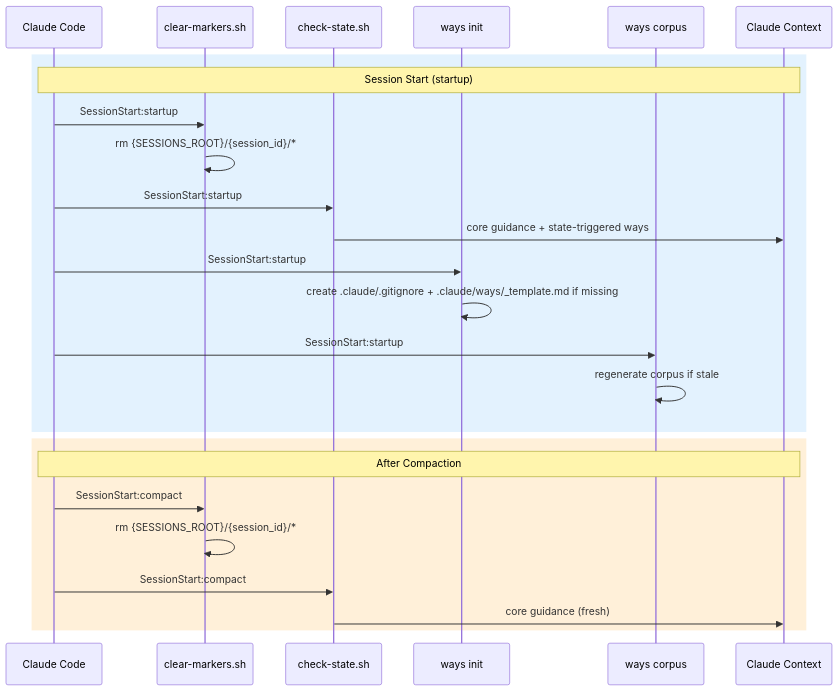
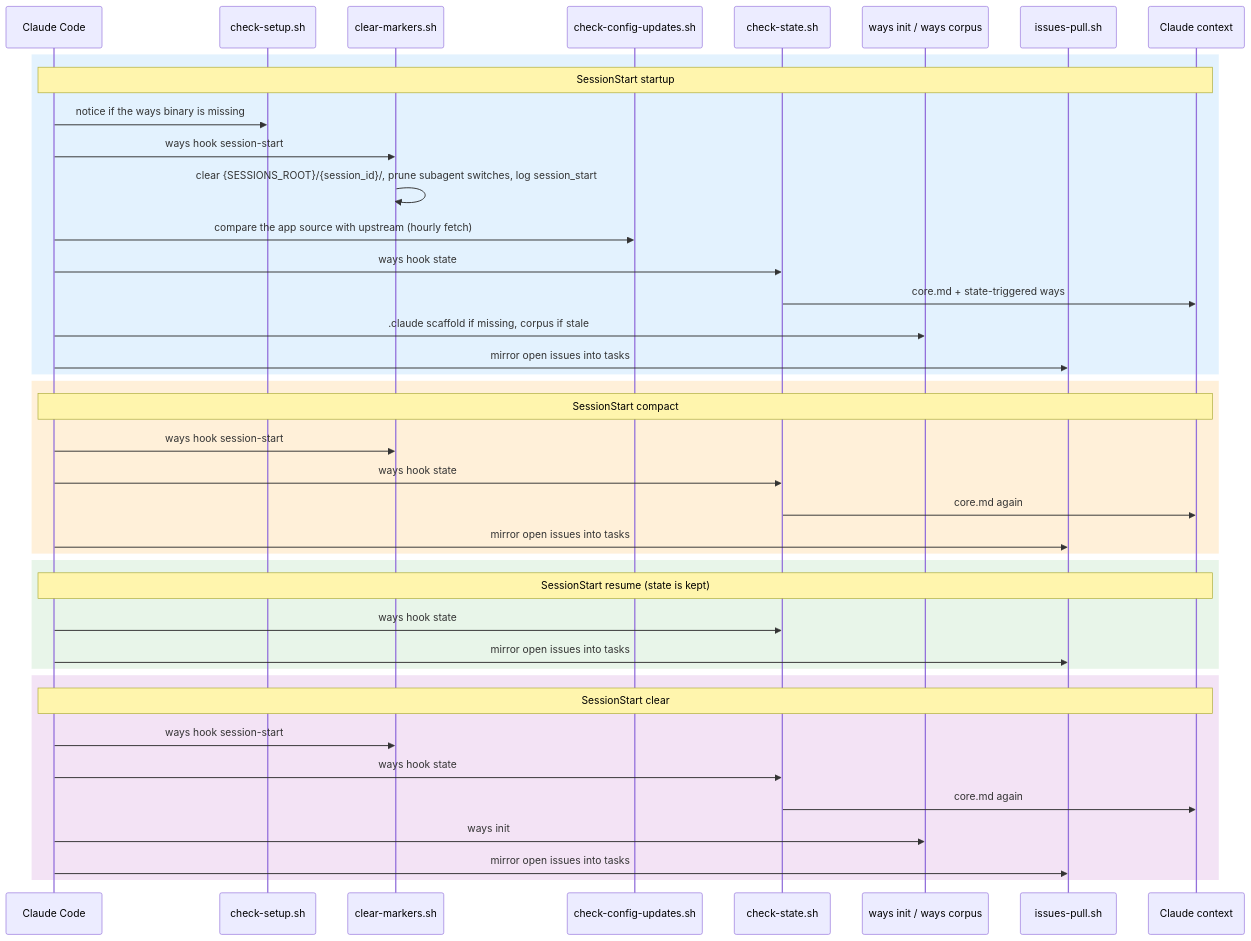
The first of 3 diagrams in docs/hooks-and-ways.md (aaronsb/agent-ways), drawn with Mermaid before and after one commit. The commit also changed other lines of this file and 7 other files, not shown here.

First line of the commit message:
docs(architecture): redraw the ways pipeline for the judge, late-interaction and per-agent state

````diff
--- a/docs/hooks-and-ways.md
+++ b/docs/hooks-and-ways.md
@@ -61,29 +77,46 @@
 ```mermaid
 sequenceDiagram
     participant CC as Claude Code
+    participant SU as check-setup.sh
     participant CM as clear-markers.sh
+    participant CU as check-config-updates.sh
     participant CS as check-state.sh
-    participant WI as ways init
-    participant WC as ways corpus
-    participant Ctx as Claude Context
+    participant WI as ways init / ways corpus
+    participant IP as issues-pull.sh
+    participant Ctx as Claude context
 
     rect rgba(66, 165, 245, 0.15)
-        Note over CC,Ctx: Session Start (startup)
-        CC->>CM: SessionStart:startup
-        CM->>CM: rm {SESSIONS_ROOT}/{session_id}/*
-        CC->>CS: SessionStart:startup
-        CS->>Ctx: core guidance + state-triggered ways
-        CC->>WI: SessionStart:startup
-        WI->>WI: create .claude/.gitignore + .claude/ways/_template.md if missing
-        CC->>WC: SessionStart:startup
-        WC->>WC: regenerate corpus if stale
+        Note over CC,Ctx: SessionStart startup
+        CC->>SU: notice if the ways binary is missing
+        CC->>CM: ways hook session-start
+        CM->>CM: clear {SESSIONS_ROOT}/{session_id}/, prune subagent switches, log session_start
+        CC->>CU: compare the app source with upstream (hourly fetch)
+        CC->>CS: ways hook state
+        CS->>Ctx: core.md + state-triggered ways
+        CC->>WI: .claude scaffold if missing, corpus if stale
+        CC->>IP: mirror open issues into tasks
     end
 
     rect rgba(255, 152, 0, 0.15)
-        Note over CC,Ctx: After Compaction
-        CC->>CM: SessionStart:compact
-        CM->>CM: rm {SESSIONS_ROOT}/{session_id}/*
-        CC->>CS: SessionStart:compact
-        CS->>Ctx: core guidance (fresh)
+        Note over CC,Ctx: SessionStart compact
+        CC->>CM: ways hook session-start
+        CC->>CS: ways hook state
+        CS->>Ctx: core.md again
+        CC->>IP: mirror open issues into tasks
+    end
+
+    rect rgba(102, 187, 106, 0.15)
+        Note over CC,Ctx: SessionStart resume (state is kept)
+        CC->>CS: ways hook state
+        CC->>IP: mirror open issues into tasks
+    end
+
+    rect rgba(171, 71, 188, 0.15)
+        Note over CC,Ctx: SessionStart clear
+        CC->>CM: ways hook session-start
+        CC->>CS: ways hook state
+        CS->>Ctx: core.md again
+        CC->>WI: ways init
+        CC->>IP: mirror open issues into tasks
     end
 ```
````
